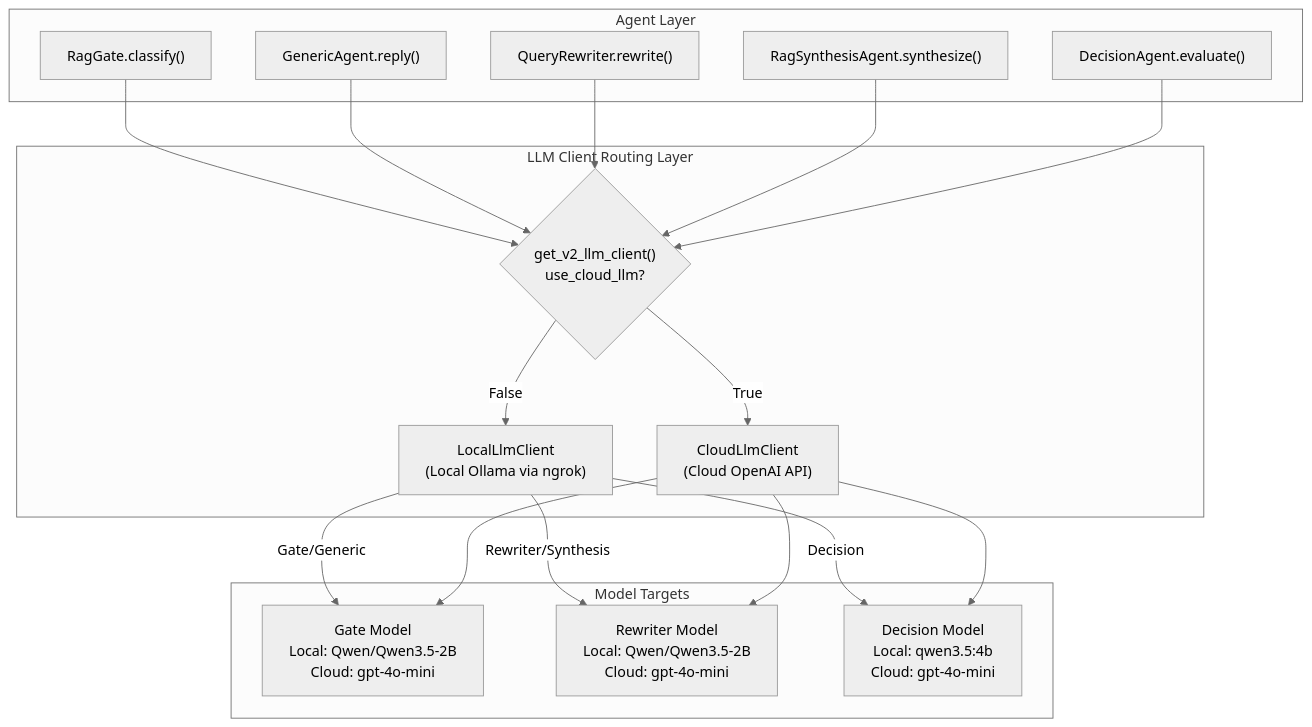
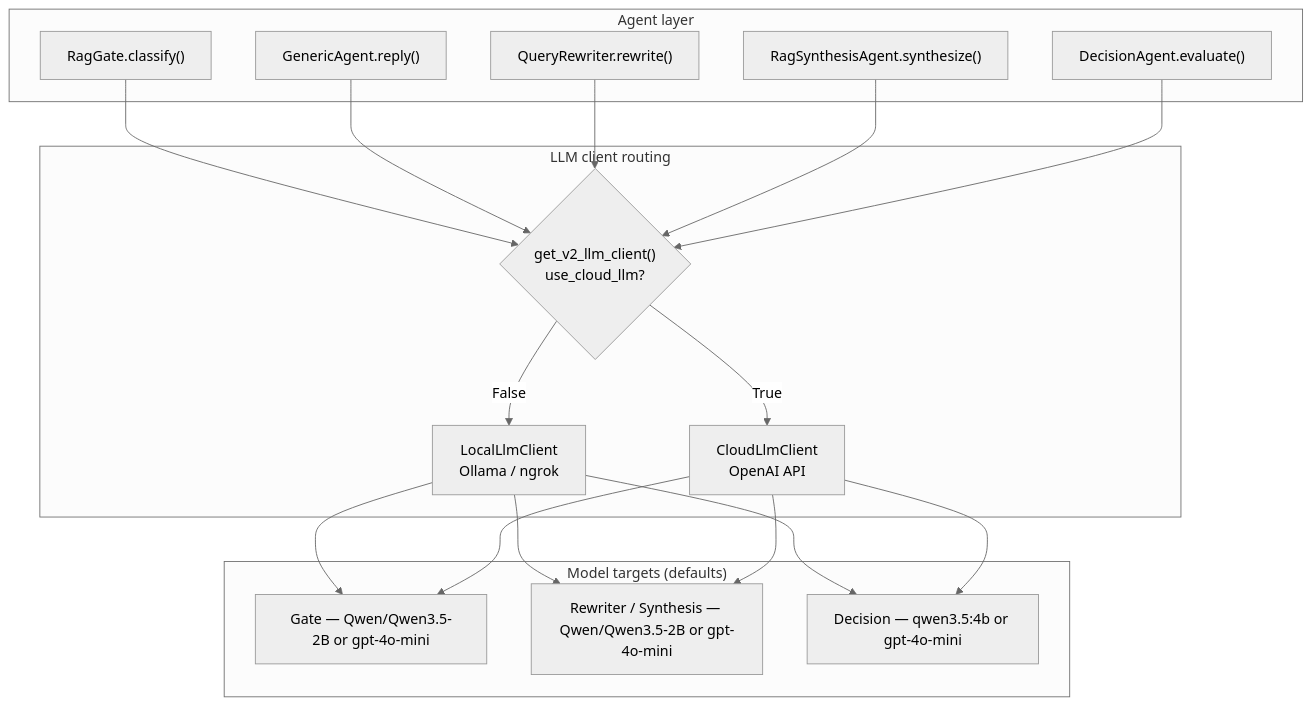
The fifth of 5 diagrams in docs/architecture/diagram.md (OmgItsAmmer/Scrutinize), drawn with Mermaid (neutral theme) before and after one commit. The commit also changed other lines of this file and 17 other files, not shown here.

````diff
--- a/docs/architecture/diagram.md
+++ b/docs/architecture/diagram.md
@@ -90,39 +213,38 @@
 ```mermaid
 flowchart TD
-    subgraph AgentLayer["Agent Layer"]
+    subgraph AgentLayer["Agent layer"]
         GATE_A["RagGate.classify()"]
         GEN_A["GenericAgent.reply()"]
         RW_A["QueryRewriter.rewrite()"]
         SYN_A["RagSynthesisAgent.synthesize()"]
         DEC_A["DecisionAgent.evaluate()"]
     end
 
-    subgraph ClientRouting["LLM Client Routing Layer"]
+    subgraph ClientRouting["LLM client routing"]
         CLIENT{"get_v2_llm_client()<br/>use_cloud_llm?"}
-        LOCAL["LocalLlmClient<br/>(Local Ollama via ngrok)"]
-        CLOUD["CloudLlmClient<br/>(Cloud OpenAI API)"]
+        LOCAL["LocalLlmClient<br/>Ollama / ngrok"]
+        CLOUD["CloudLlmClient<br/>OpenAI API"]
     end
 
-    subgraph Models["Model Targets"]
-        M_GATE["Gate Model<br/>Local: Qwen/Qwen3.5-2B<br/>Cloud: gpt-4o-mini"]
-        M_REWRITE["Rewriter Model<br/>Local: Qwen/Qwen3.5-2B<br/>Cloud: gpt-4o-mini"]
-        M_DECISION["Decision Model<br/>Local: qwen3.5:4b<br/>Cloud: gpt-4o-mini"]
+    subgraph Models["Model targets (defaults)"]
+        M_GATE["Gate — Qwen/Qwen3.5-2B or gpt-4o-mini"]
+        M_REWRITE["Rewriter / Synthesis — Qwen/Qwen3.5-2B or gpt-4o-mini"]
+        M_DECISION["Decision — qwen3.5:4b or gpt-4o-mini"]
     end
 
     GATE_A --> CLIENT
     GEN_A --> CLIENT
     RW_A --> CLIENT
     SYN_A --> CLIENT
     DEC_A --> CLIENT
 
     CLIENT -->|"False"| LOCAL
     CLIENT -->|"True"| CLOUD
 
-    LOCAL -->|"Gate/Generic"| M_GATE
-    LOCAL -->|"Rewriter/Synthesis"| M_REWRITE
-    LOCAL -->|"Decision"| M_DECISION
-
+    LOCAL --> M_GATE
+    LOCAL --> M_REWRITE
+    LOCAL --> M_DECISION
     CLOUD --> M_GATE
     CLOUD --> M_REWRITE
     CLOUD --> M_DECISION
 ```
````
